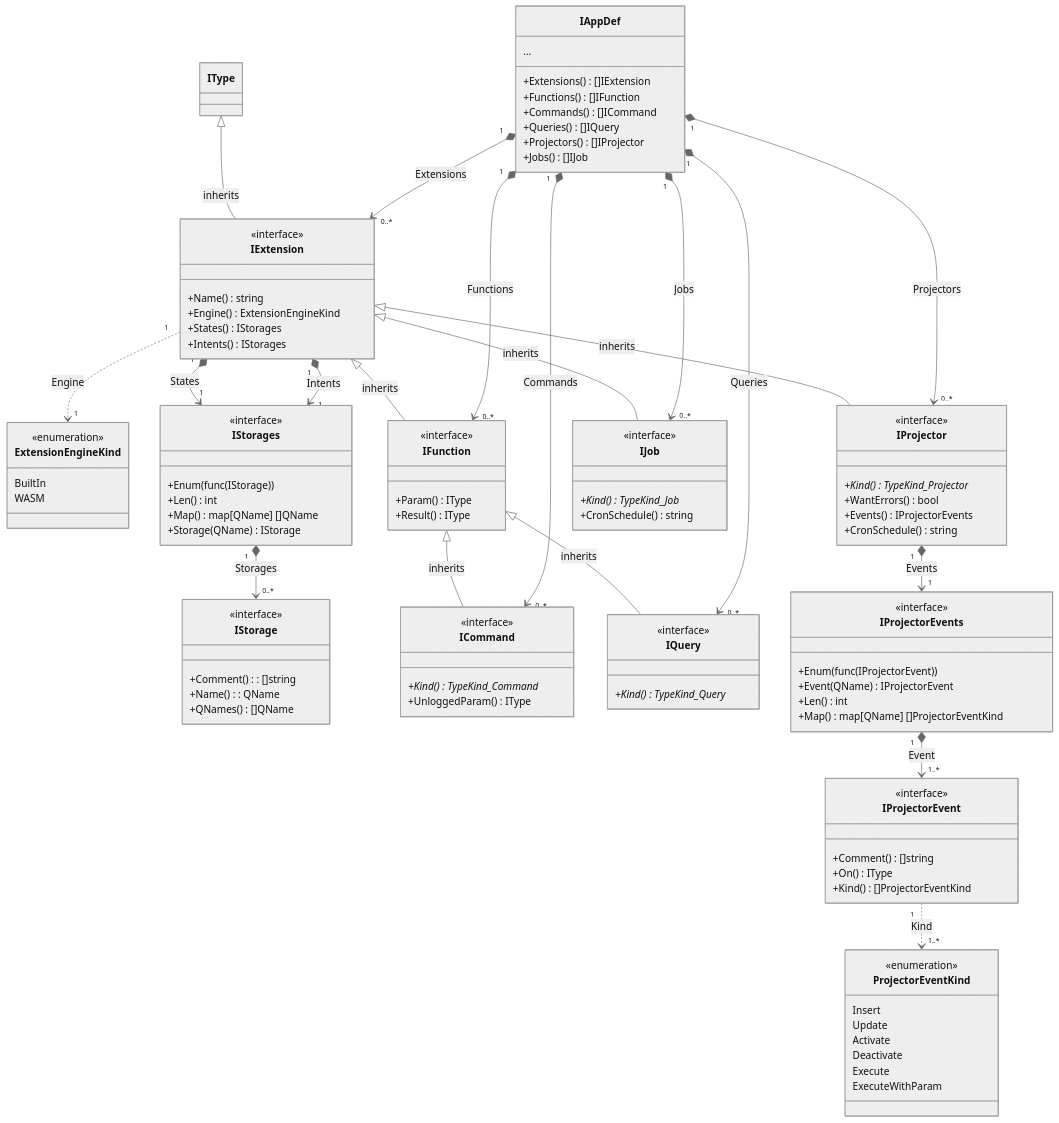
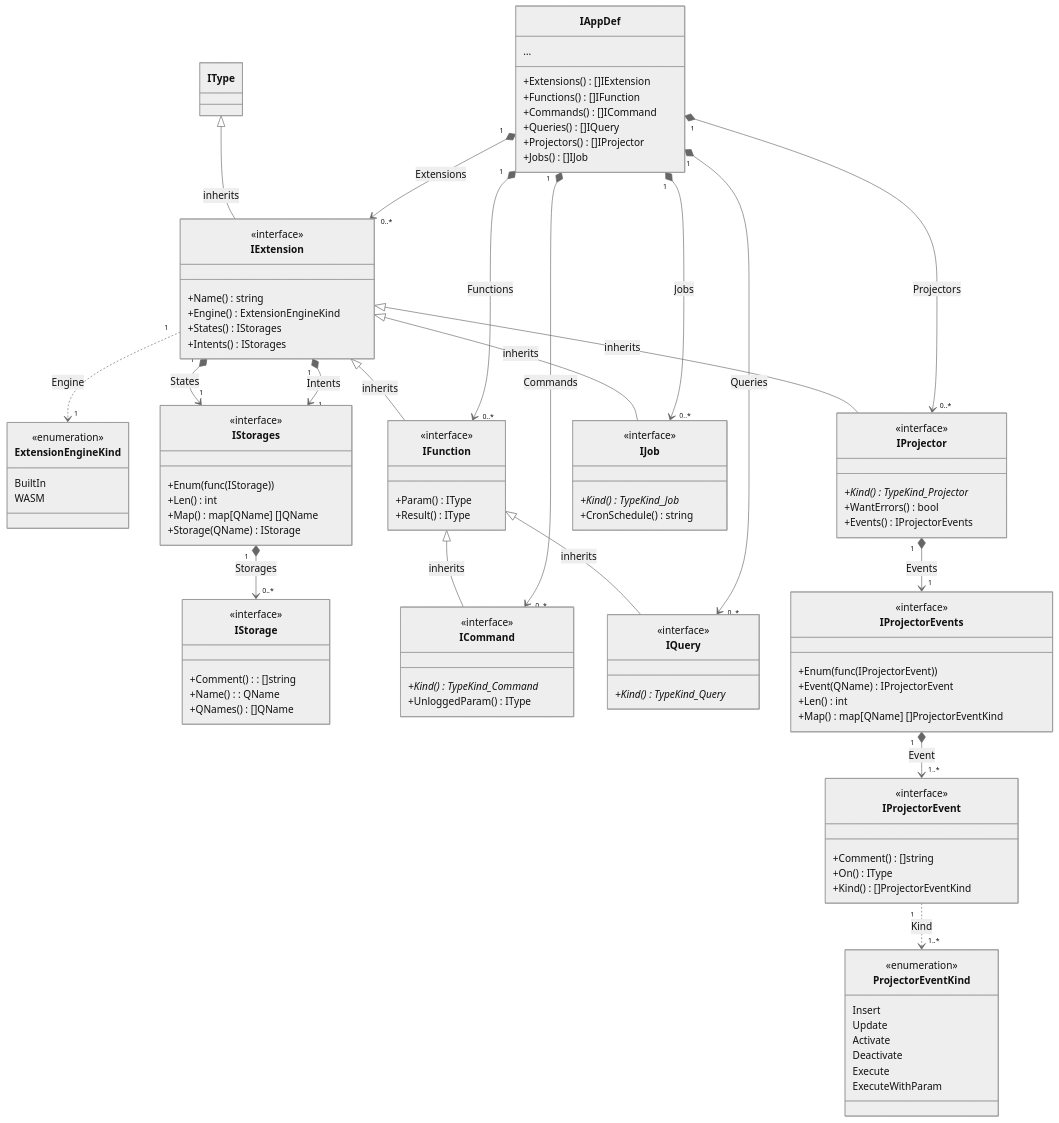
One commit to voedger/voedger changed the seventh of 8 diagrams in pkg/appdef/README.md. Above: the diagram before and after it, drawn with Mermaid (neutral theme). The commit also changed other lines of this file, not shown here.

```diff
--- a/pkg/appdef/README.md
+++ b/pkg/appdef/README.md
@@ -642,7 +641,6 @@
         +Kind()* TypeKind_Projector
         +WantErrors() bool
         +Events() IProjectorEvents
-        +CronSchedule() string
     }
 
     IProjector "1" *--> "1" IProjectorEvents : Events
```
